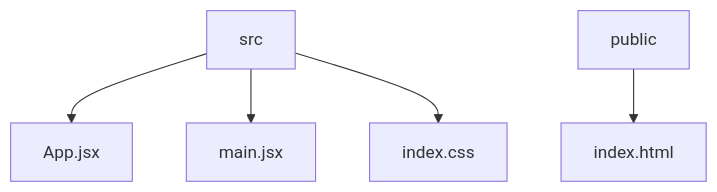
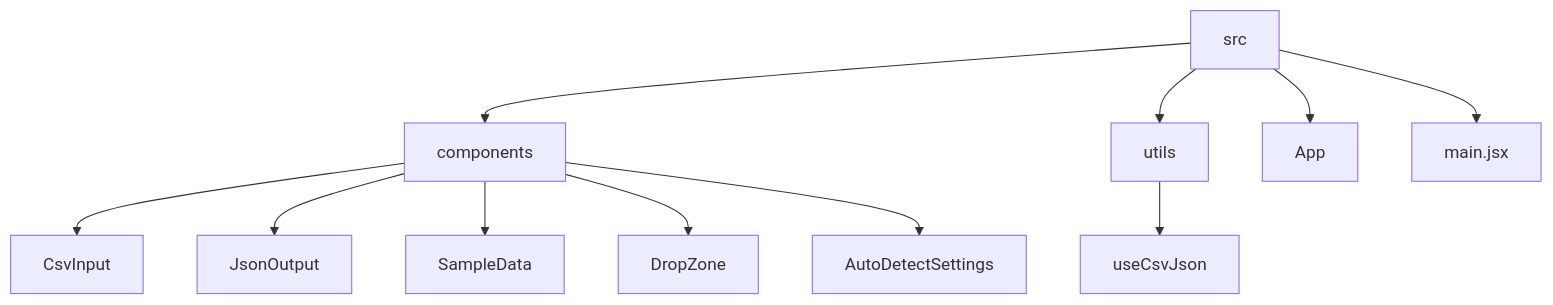
The diagram in README.md (ebhay/CSV2JSON), drawn with Mermaid before and after one commit. The commit also changed other lines of this file, not shown here.

````diff
--- a/README.md
+++ b/README.md
@@ -23,7 +24,13 @@
 ```mermaid
 graph TD;
-src-->App.jsx;
+src-->components;
+src-->utils;
+components-->CsvInput;
+components-->JsonOutput;
+components-->SampleData;
+components-->DropZone;
+components-->AutoDetectSettings;
+utils-->useCsvJson;
+src-->App;
 src-->main.jsx;
-src-->index.css;
-public-->index.html;
 ```
````
